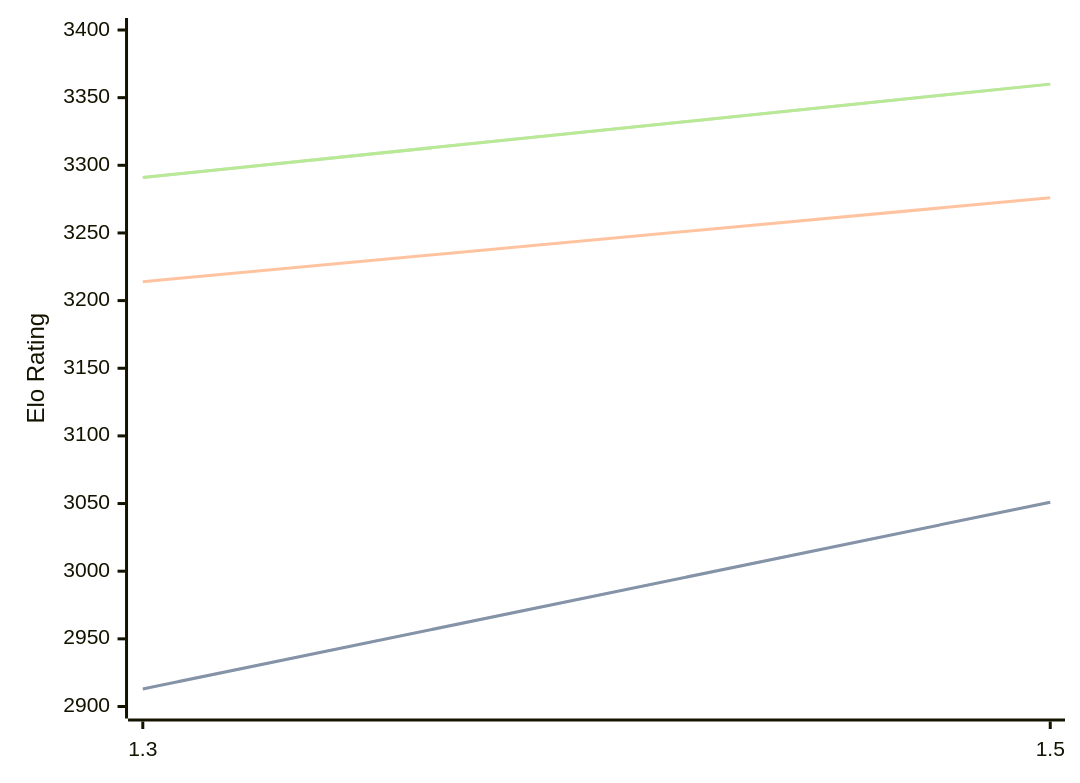
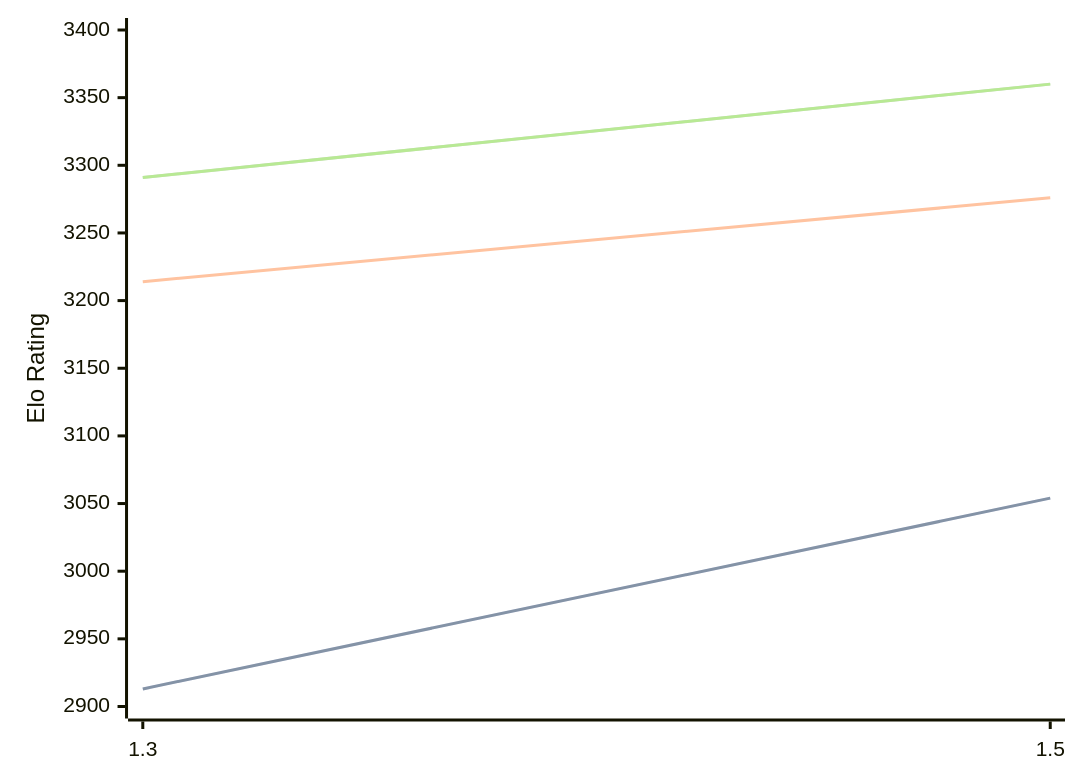
The diagram in engines/Lambergar.md (computer-chess-index/cci), drawn with Mermaid before and after one commit. The commit also changed other lines of this file, not shown here.

````diff
--- a/engines/Lambergar.md
+++ b/engines/Lambergar.md
@@ -32,11 +32,11 @@
 ```mermaid
 %%{init: {"theme":"base","themeVariables":{"seriesColors:['#a3a3a3','#222221','#faa371']}}}%%
 xychart-beta
   x-axis ["1.3", "1.5"]
   y-axis "Elo Rating" 2900 --> 3400
-  line "" [2913, 3051]
-  line "STC (8.0+0.08s)" [2913, 3051]
+  line "" [2913, 3054]
+  line "STC (8.0+0.08s)" [2913, 3054]
   line "LTC (60.0+0.60s)" [3214, 3276]
   line "" [3291, 3360]
   line "VLTC (2m24s+1.12s)" [3291, 3360]
 ```
````
